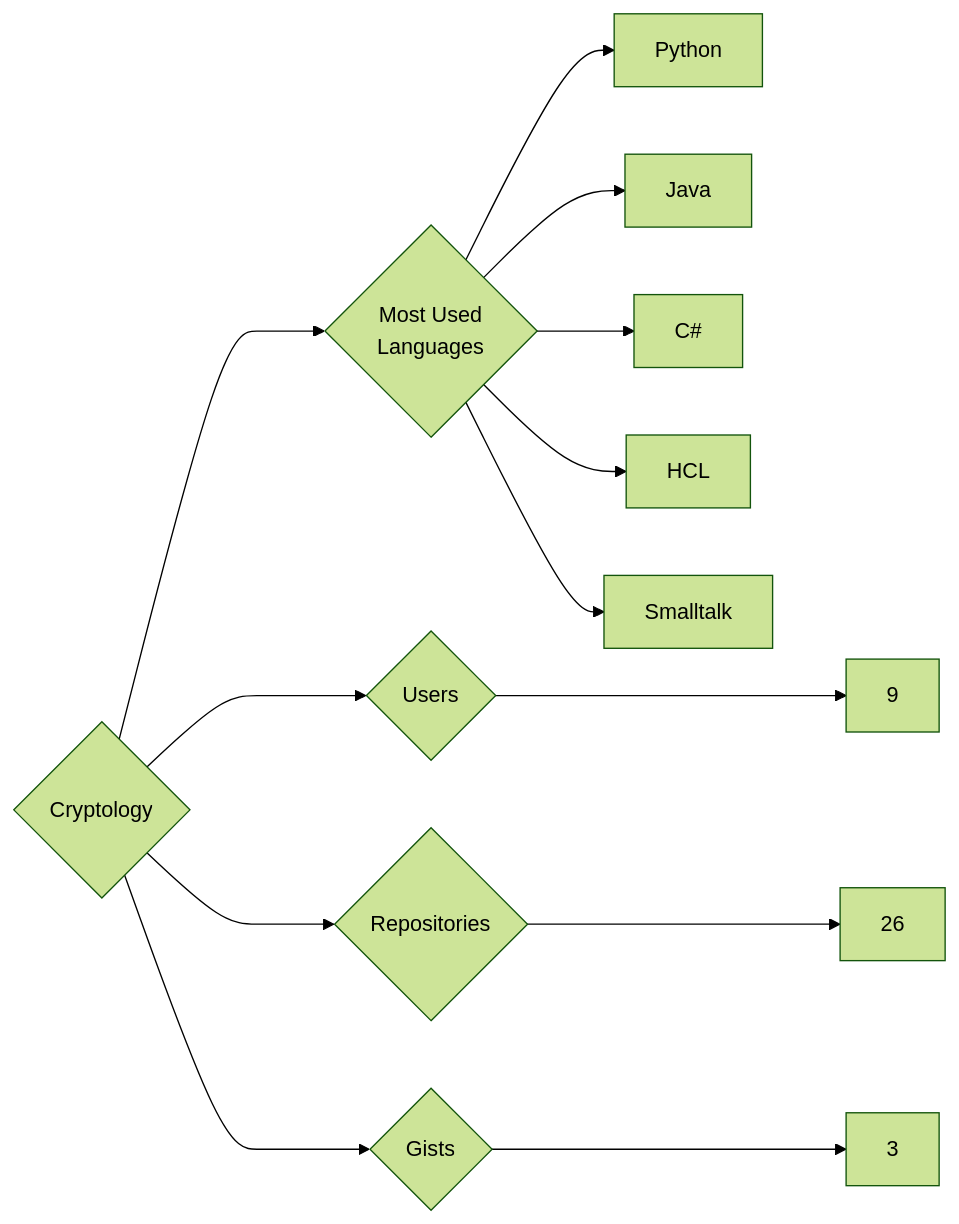
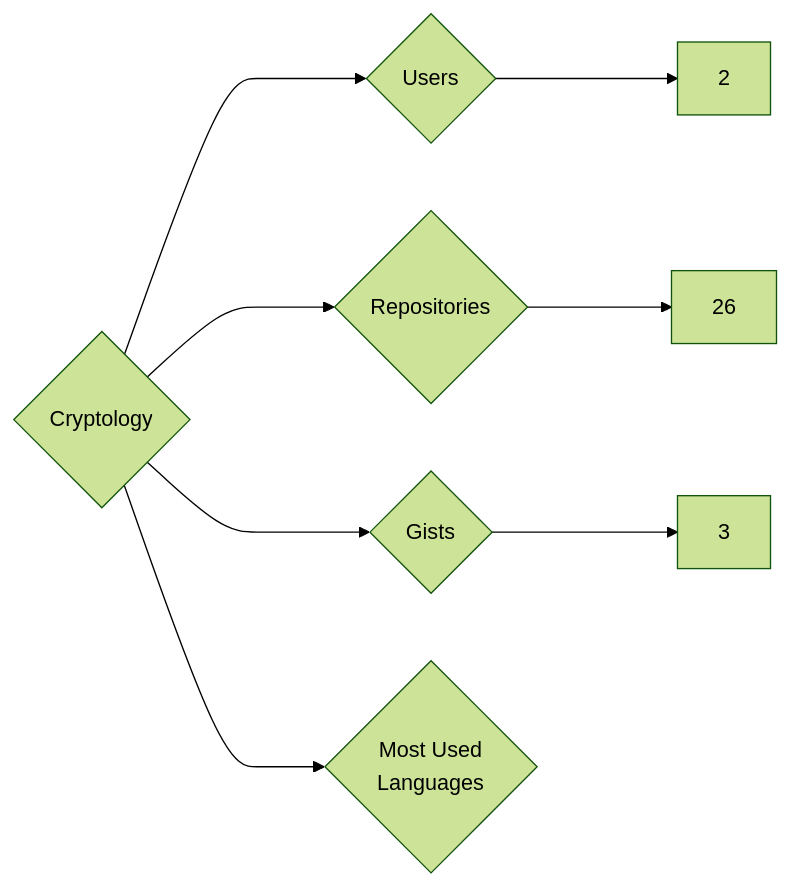
The diagram in targets/Cryptology/README.md (trickest/insiders), drawn with Mermaid (forest theme) before and after one commit. The commit also changed 1148 other files, not shown here.

````diff
--- a/targets/Cryptology/README.md
+++ b/targets/Cryptology/README.md
@@ -3,13 +3,8 @@
 ```mermaid
 graph LR
 COMPANY_NAME{Cryptology}
-COMPANY_NAME ---> U{Users} ---> UN[9]
+COMPANY_NAME ---> U{Users} ---> UN[2]
 COMPANY_NAME ---> R{Repositories} ---> RN[26]
 COMPANY_NAME ---> G{Gists} ---> GN[3]
 COMPANY_NAME ---> ML{Most Used<br>Languages}
-ML --> Python[Python]
-ML --> Java[Java]
-ML --> C#[C#]
-ML --> HCL[HCL]
-ML --> Smalltalk[Smalltalk]
 ```
````
